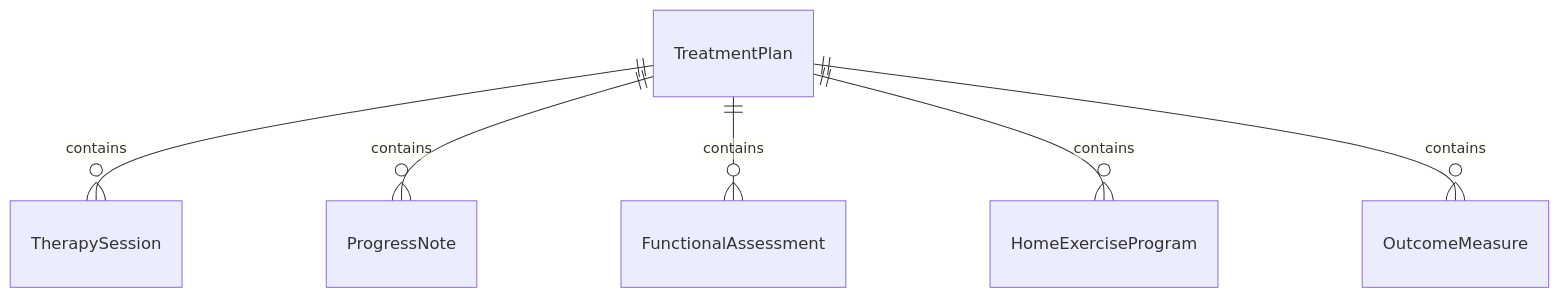
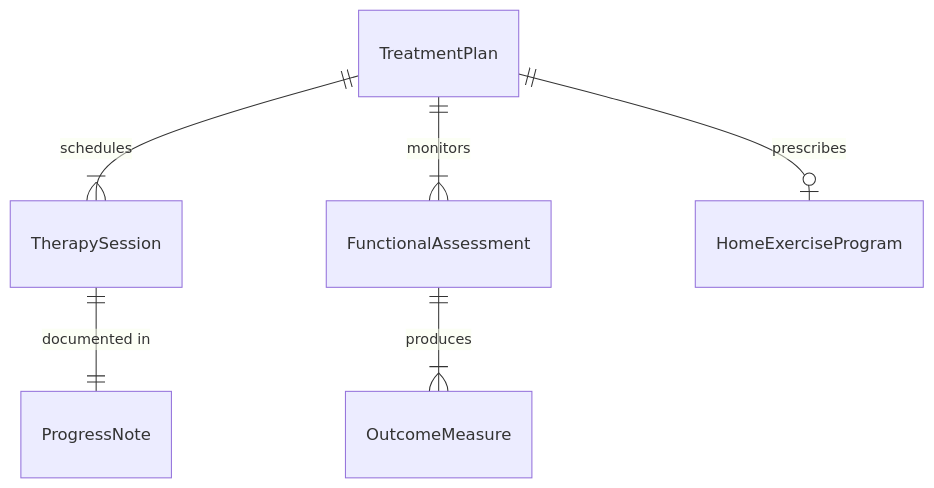
One commit to dot-org-ai/tasks.org.ai changed the first of 4 diagrams in AssistingAndCaringForOthers/AdministerTherapeuticTreatments/ImplementTherapeuticProgramsImprovePatient.mdx. Above: the diagram before and after it, drawn with Mermaid. The commit also changed other lines of this file and 32 other files, not shown here.

First line of the commit message:
fix: Improve ER and State diagrams in 32 AssistingAndCaringForOthers DWA files

````diff
--- a/AssistingAndCaringForOthers/AdministerTherapeuticTreatments/ImplementTherapeuticProgramsImprovePatient.mdx
+++ b/AssistingAndCaringForOthers/AdministerTherapeuticTreatments/ImplementTherapeuticProgramsImprovePatient.mdx
@@ -88,8 +88,8 @@
 ```mermaid
 erDiagram
-    TreatmentPlan ||--o{ TherapySession : contains
-    TreatmentPlan ||--o{ ProgressNote : contains
-    TreatmentPlan ||--o{ FunctionalAssessment : contains
-    TreatmentPlan ||--o{ HomeExerciseProgram : contains
-    TreatmentPlan ||--o{ OutcomeMeasure : contains
+    TreatmentPlan ||--|{ TherapySession : schedules
+    TherapySession ||--|| ProgressNote : "documented in"
+    TreatmentPlan ||--|{ FunctionalAssessment : monitors
+    FunctionalAssessment ||--|{ OutcomeMeasure : produces
+    TreatmentPlan ||--o| HomeExerciseProgram : prescribes
 ```
````
